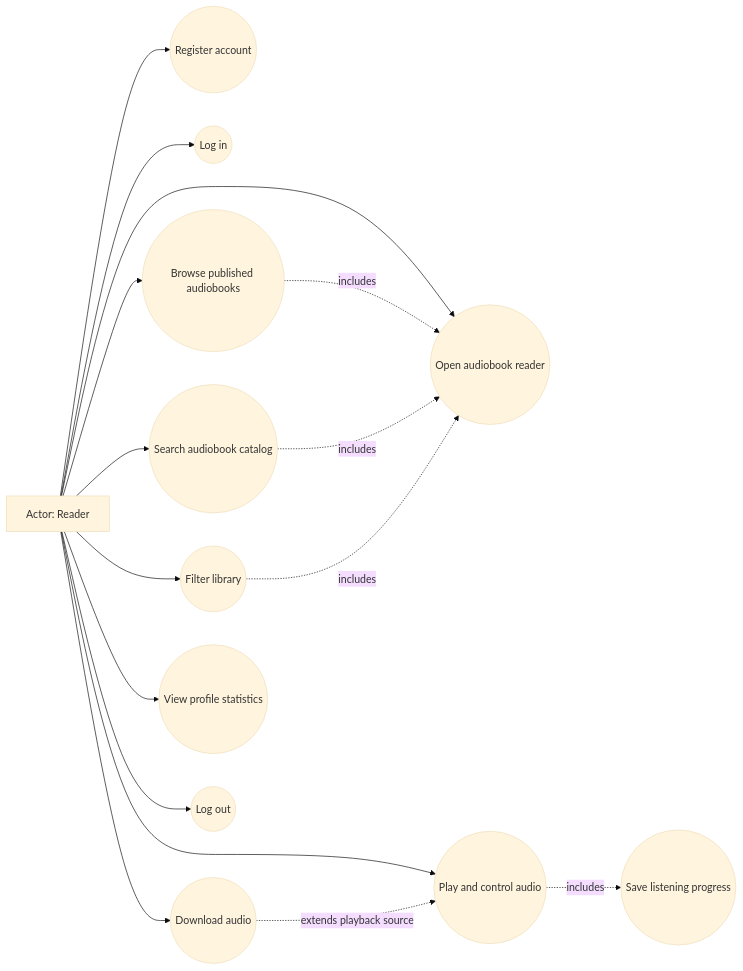
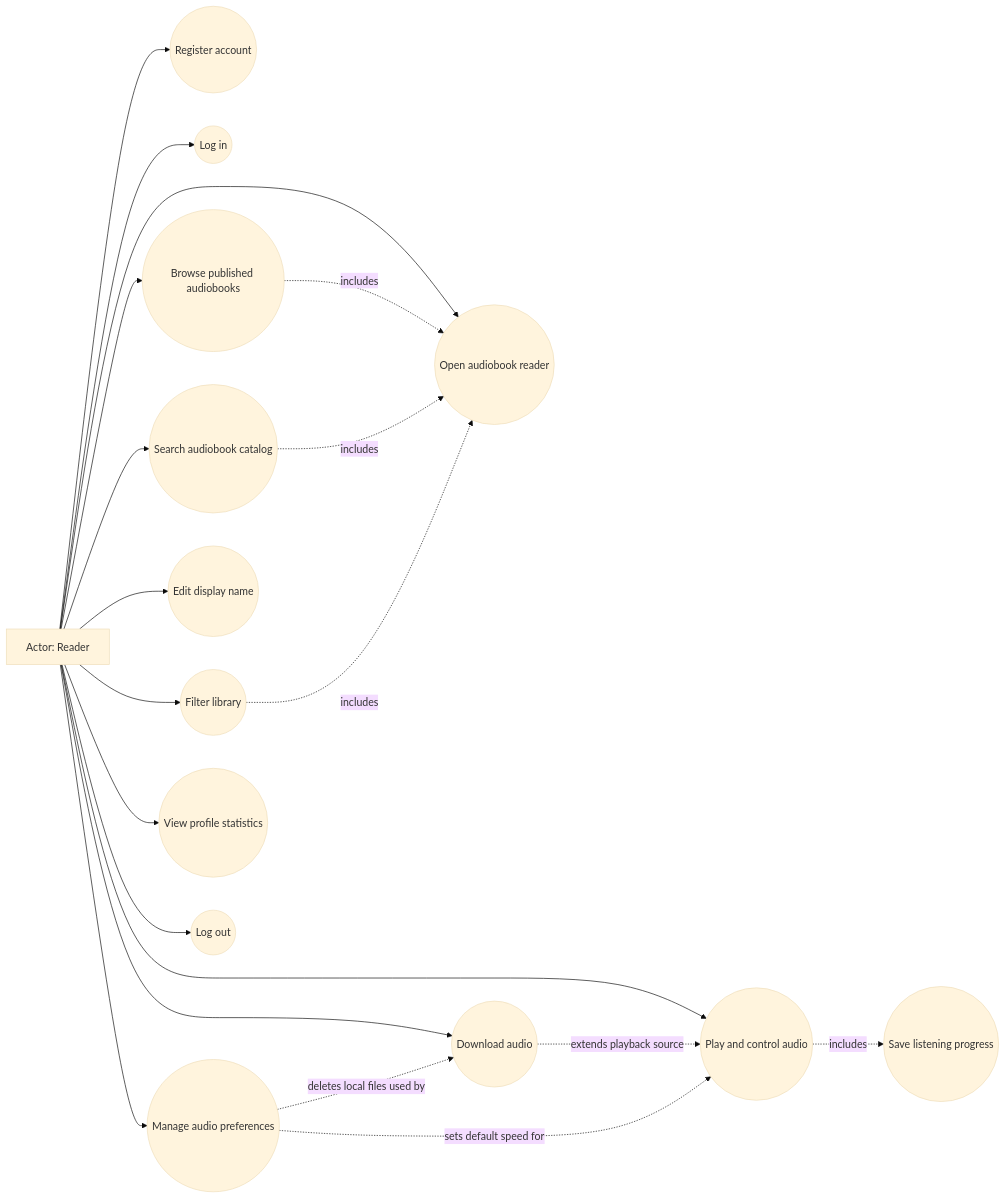
The second of 9 diagrams in README.md (LeeVuKhang/Fonos_Group13), drawn with Mermaid (base theme) before and after one commit. The commit also changed other lines of this file, not shown here.

Commit message:
docs(readme): update audio preferences documentation

````diff
--- a/README.md
+++ b/README.md
@@ -300,33 +324,39 @@
 ```mermaid
 flowchart LR
     User["Actor: Reader"]
 
     UC1(("Register account"))
     UC2(("Log in"))
     UC3(("Browse published audiobooks"))
     UC4(("Search audiobook catalog"))
     UC5(("Open audiobook reader"))
     UC6(("Play and control audio"))
     UC7(("Save listening progress"))
     UC8(("Download audio"))
     UC9(("Filter library"))
-    UC10(("View profile statistics"))
-    UC11(("Log out"))
+    UC10(("Edit display name"))
+    UC11(("Manage audio preferences"))
+    UC12(("View profile statistics"))
+    UC13(("Log out"))
 
     User --> UC1
     User --> UC2
     User --> UC3
     User --> UC4
     User --> UC5
     User --> UC6
     User --> UC8
     User --> UC9
     User --> UC10
     User --> UC11
+    User --> UC12
+    User --> UC13
 
     UC3 -. "includes" .-> UC5
     UC4 -. "includes" .-> UC5
     UC9 -. "includes" .-> UC5
     UC6 -. "includes" .-> UC7
     UC8 -. "extends playback source" .-> UC6
+    UC11 -. "sets default speed for" .-> UC6
+    UC11 -. "deletes local files used by" .-> UC8
 ```
````
